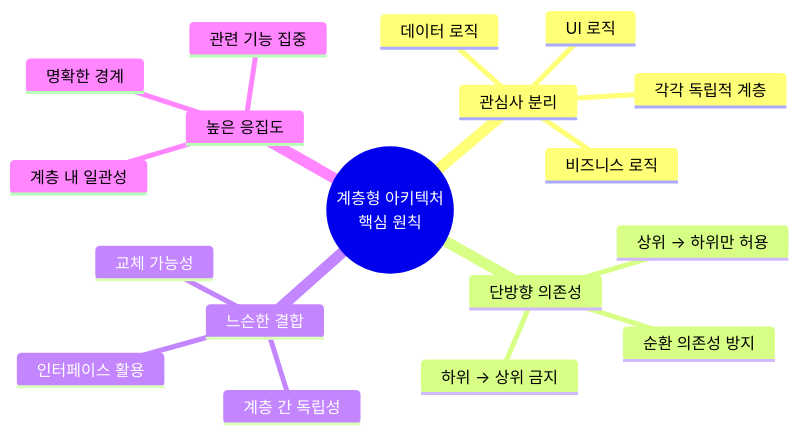
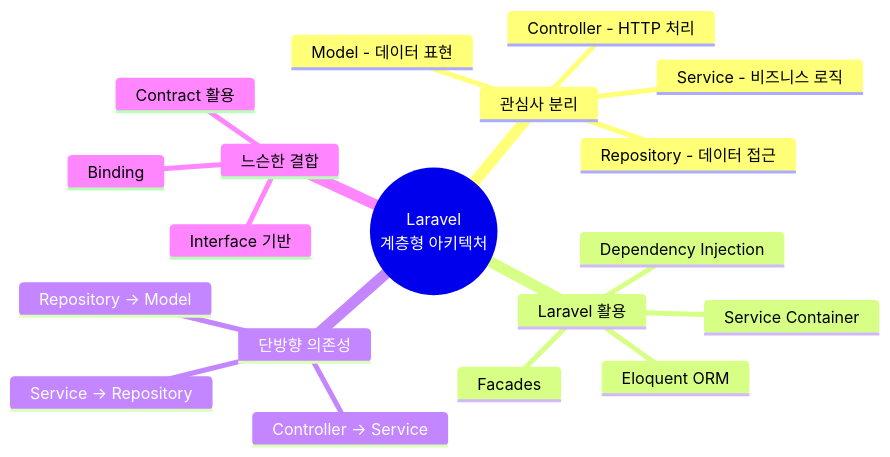
One commit to shaul1991/study-architecture changed the second of 22 diagrams in architecture/layered/README.md. Above: the diagram before and after it, drawn with Mermaid. The commit also changed other lines of this file and 1 other file, not shown here.

First line of the commit message:
refactor: 레이어드 아키텍처 문서를 Laravel 기준으로 수정

````diff
--- a/architecture/layered/README.md
+++ b/architecture/layered/README.md
@@ -53,21 +54,22 @@
 ```mermaid
 mindmap
-  root((계층형 아키텍처<br/>핵심 원칙))
+  root((Laravel<br/>계층형 아키텍처))
     관심사 분리
-      UI 로직
-      비즈니스 로직
-      데이터 로직
-      각각 독립적 계층
+      Controller - HTTP 처리
+      Service - 비즈니스 로직
+      Repository - 데이터 접근
+      Model - 데이터 표현
+    Laravel 활용
+      Service Container
+      Dependency Injection
+      Eloquent ORM
+      Facades
     단방향 의존성
-      상위 → 하위만 허용
-      하위 → 상위 금지
-      순환 의존성 방지
+      Controller → Service
+      Service → Repository
+      Repository → Model
     느슨한 결합
-      인터페이스 활용
-      계층 간 독립성
-      교체 가능성
-    높은 응집도
-      관련 기능 집중
-      계층 내 일관성
-      명확한 경계
+      Interface 기반
+      Contract 활용
+      Binding
 ```
````
